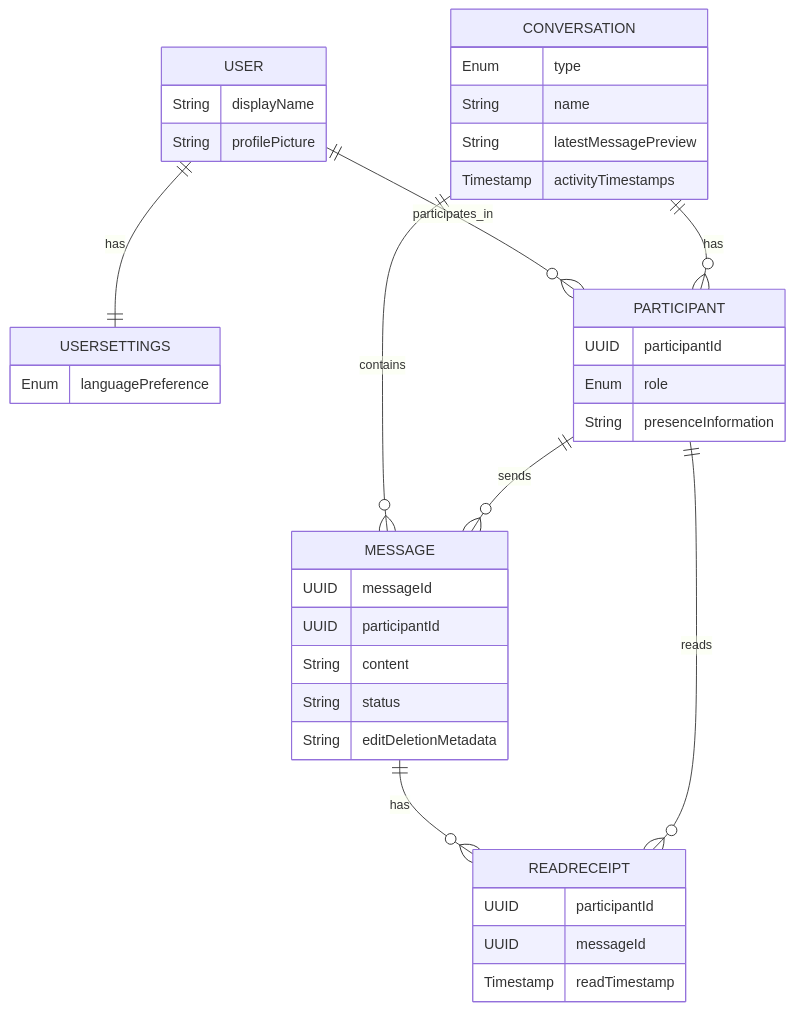
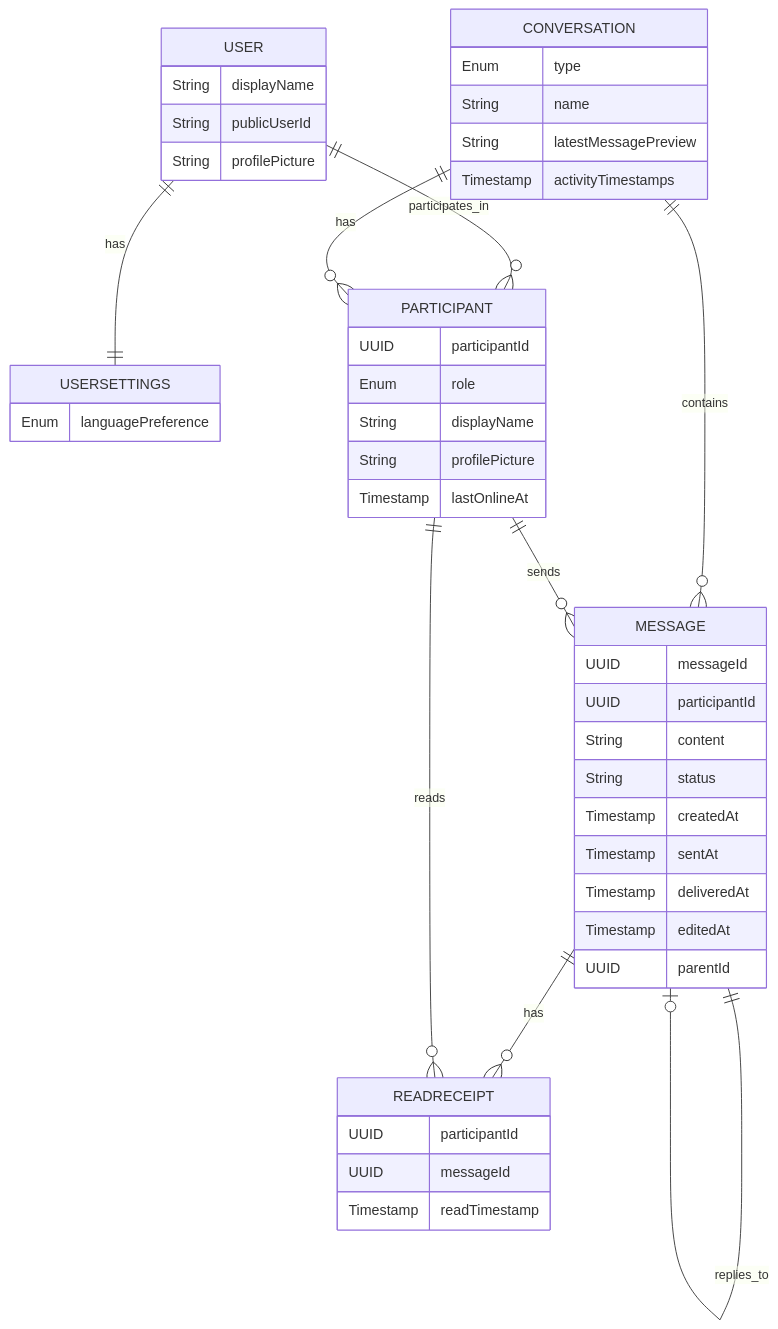
The diagram in docs/Specification.md (timurgilfanov/messenger), drawn with Mermaid before and after one commit. The commit also changed other lines of this file, not shown here.

````diff
--- a/docs/Specification.md
+++ b/docs/Specification.md
@@ -240,41 +275,49 @@
 ```mermaid
 erDiagram
     USER {
         String displayName
-        String profilePicture                
+        String publicUserId
+        String profilePicture
     }
     USERSETTINGS {
         Enum languagePreference
     }
     CONVERSATION {
         Enum type
         String name
         String latestMessagePreview
         Timestamp activityTimestamps
     }
     PARTICIPANT {
         UUID participantId
         Enum role
-        String presenceInformation
+        String displayName
+        String profilePicture
+        Timestamp lastOnlineAt
     }
     MESSAGE {
         UUID messageId
         UUID participantId
         String content
         String status
-        String editDeletionMetadata        
+        Timestamp createdAt
+        Timestamp sentAt
+        Timestamp deliveredAt
+        Timestamp editedAt
+        UUID parentId
     }
     READRECEIPT {
         UUID participantId
         UUID messageId
         Timestamp readTimestamp
     }
 
     USER ||--o{ PARTICIPANT : participates_in
     USER ||--|| USERSETTINGS : has
     CONVERSATION ||--o{ PARTICIPANT : has
     CONVERSATION ||--o{ MESSAGE : contains
     MESSAGE ||--o{ READRECEIPT : has
+    MESSAGE ||--o| MESSAGE : replies_to
     PARTICIPANT ||--o{ MESSAGE : sends
     PARTICIPANT ||--o{ READRECEIPT : reads
 ```
````
